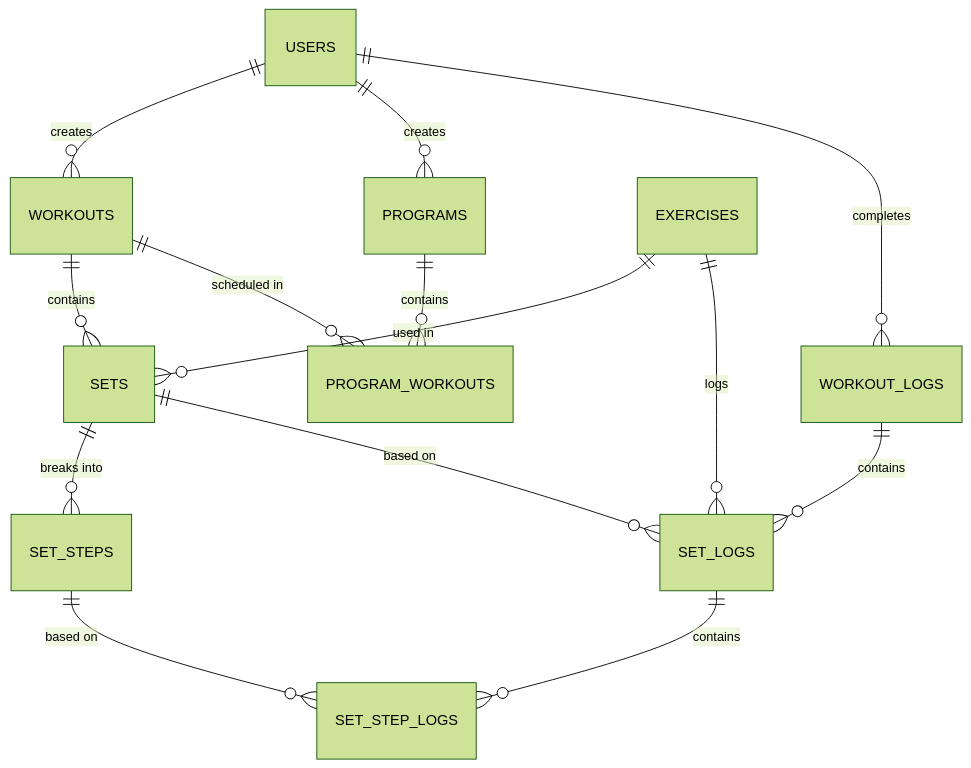
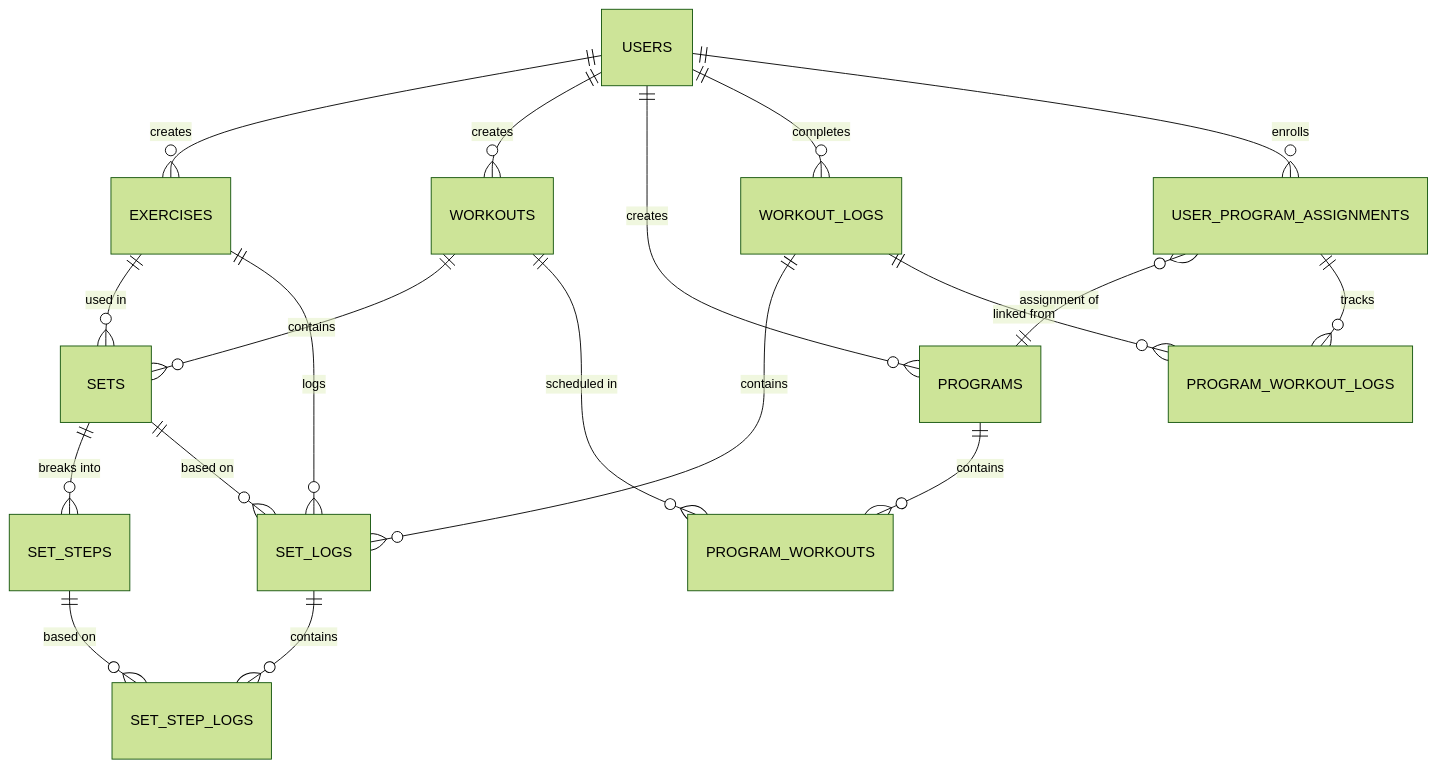
Before and after one commit to wpswin5/fitness_v2: the diagram in database/schema/DESIGN.md, drawn with Mermaid (forest theme). The commit also changed other lines of this file and 20 other files, not shown here.

Commit message:
Solidify DB schema

````diff
--- a/database/schema/DESIGN.md
+++ b/database/schema/DESIGN.md
@@ -16,20 +20,26 @@
 ```mermaid
 erDiagram
+    USERS ||--o{ EXERCISES : creates
     USERS ||--o{ WORKOUTS : creates
     USERS ||--o{ PROGRAMS : creates
     USERS ||--o{ WORKOUT_LOGS : completes
-    
+    USERS ||--o{ USER_PROGRAM_ASSIGNMENTS : enrolls
+
     EXERCISES ||--o{ SETS : "used in"
     WORKOUTS ||--o{ SETS : contains
     SETS ||--o{ SET_STEPS : "breaks into"
-    
+
     PROGRAMS ||--o{ PROGRAM_WORKOUTS : contains
     WORKOUTS ||--o{ PROGRAM_WORKOUTS : "scheduled in"
-    
+
+    USER_PROGRAM_ASSIGNMENTS }o--|| PROGRAMS : "assignment of"
+    USER_PROGRAM_ASSIGNMENTS ||--o{ PROGRAM_WORKOUT_LOGS : tracks
+
     WORKOUT_LOGS ||--o{ SET_LOGS : contains
+    WORKOUT_LOGS ||--o{ PROGRAM_WORKOUT_LOGS : "linked from"
     SETS ||--o{ SET_LOGS : "based on"
     EXERCISES ||--o{ SET_LOGS : logs
-    
+
     SET_LOGS ||--o{ SET_STEP_LOGS : contains
     SET_STEPS ||--o{ SET_STEP_LOGS : "based on"
 ```
````
